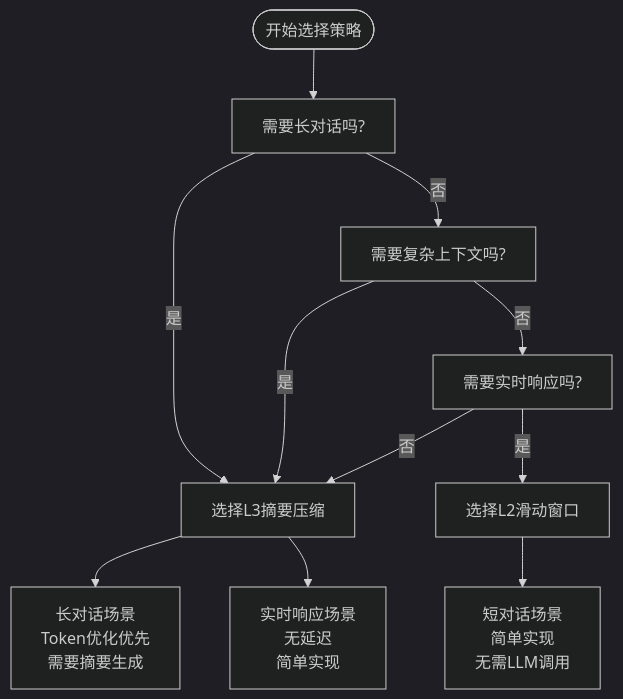
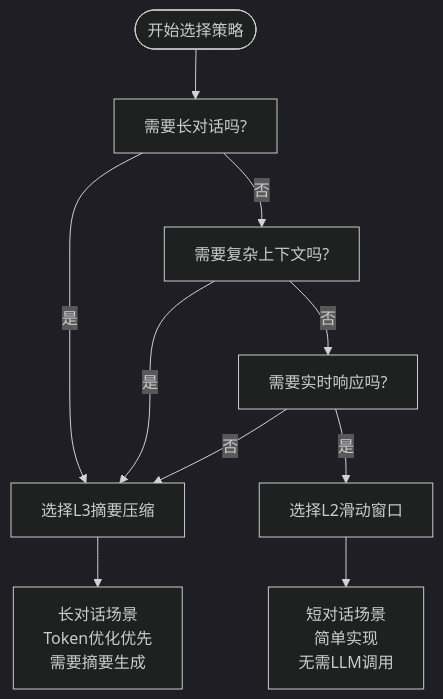
Before and after one commit to CryptoLinxu/Web3-AI-Agent: the ninth of 12 diagrams in .qoder/repowiki/zh/content/核心技能详解/内存管理系统.md, drawn with Mermaid (dark theme). The commit also changed other lines of this file and 23 other files, not shown here.

````diff
--- a/.qoder/repowiki/zh/content/核心技能详解/内存管理系统.md
+++ b/.qoder/repowiki/zh/content/核心技能详解/内存管理系统.md
@@ -378,13 +396,12 @@
 ```mermaid
 flowchart TD
 Start([开始选择策略]) --> NeedLong["需要长对话吗?"]
 NeedLong --> |是| ChooseL3["选择L3摘要压缩"]
 NeedLong --> |否| NeedComplex["需要复杂上下文吗?"]
 ChooseL3 --> LongDialog["长对话场景<br/>Token优化优先<br/>需要摘要生成"]
 NeedComplex --> |是| ChooseL3
 NeedComplex --> |否| NeedFast["需要实时响应吗?"]
-ChooseL3 --> FastResponse["实时响应场景<br/>无延迟<br/>简单实现"]
 NeedFast --> |是| ChooseL2["选择L2滑动窗口"]
 NeedFast --> |否| ChooseL3
 ChooseL2 --> ShortDialog["短对话场景<br/>简单实现<br/>无需LLM调用"]
 ```
````
